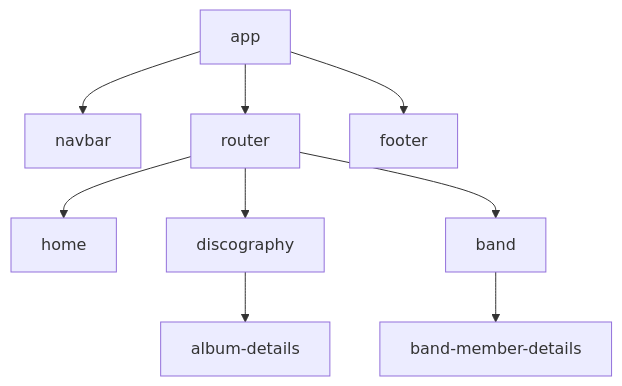
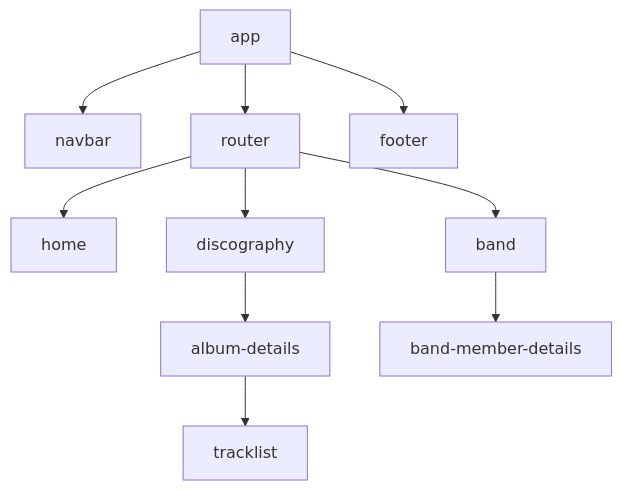
One commit to paulohenrique-gh/angular-spa-dream-theater changed the diagram in README.md. Above: the diagram before and after it, drawn with Mermaid.

Commit message:
Atualiza README

````diff
--- a/README.md
+++ b/README.md
@@ -1,11 +1,12 @@
 ```mermaid
 graph TD
     A[app] --> B[navbar]
     A[app] --> C[router]
     A[app] --> D[footer]
     C[router] --> E[home]
     C[router] --> F[discography]
     C[router] --> G[band]
     F[discography] --> H[album-details]
-    G[band] --> I[band-member-details]
+    H[album-details] --> I[tracklist]
+    G[band] --> J[band-member-details]
 ```
````
